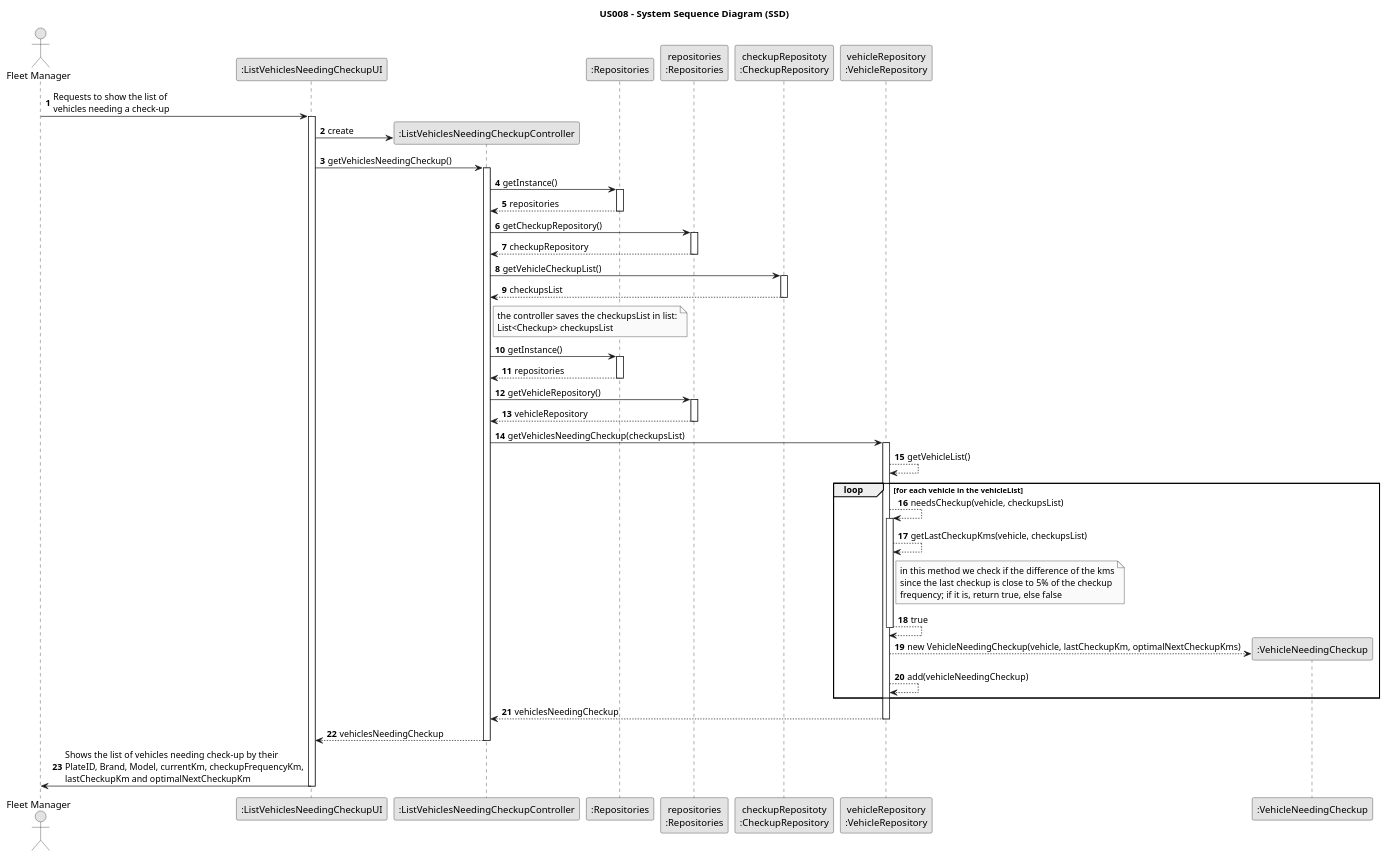
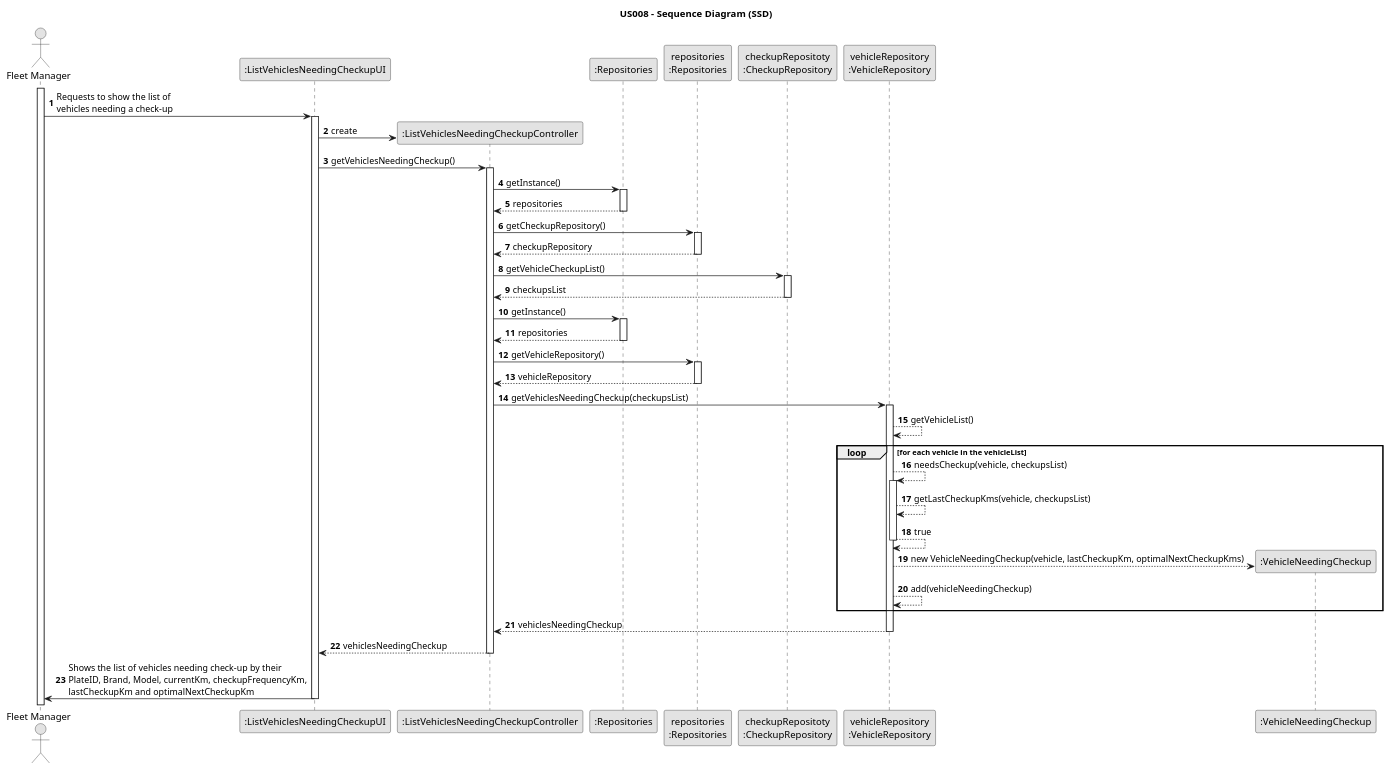
Before and after one commit to Rui-San/LAPR2_2023_2024: the diagram in docs/sprintB/us008/03.design/puml/us008-sequence-diagram.puml, drawn with PlantUML. The commit also changed 1 other file, not shown here.

```diff
--- a/docs/sprintB/us008/03.design/puml/us008-sequence-diagram.puml
+++ b/docs/sprintB/us008/03.design/puml/us008-sequence-diagram.puml
@@ -1,91 +1,82 @@
 @startuml
 skinparam monochrome true
 skinparam packageStyle rectangle
 skinparam shadowing false
 
-title US008 - System Sequence Diagram (SSD)
+title US008 - Sequence Diagram (SSD)
 
 autonumber
 
 actor "Fleet Manager" as Employee
 participant ":ListVehiclesNeedingCheckupUI" as UI
 participant ":ListVehiclesNeedingCheckupController" as CTRL
 participant ":Repositories" as Repos
 participant "repositories\n:Repositories" as PLAT
 participant "checkupRepositoty\n:CheckupRepository" as CheckupRepo
 participant "vehicleRepository\n:VehicleRepository" as VRepo
 participant ":VehicleNeedingCheckup" as VehicleNeedCheckup
 
+activate Employee
     Employee -> UI : Requests to show the list of \nvehicles needing a check-up
     activate UI
 
         UI -> CTRL** : create
         UI -> CTRL : getVehiclesNeedingCheckup()
         activate CTRL
 
             CTRL -> Repos : getInstance()
             activate Repos
 
                 Repos --> CTRL : repositories
             deactivate Repos
 
             CTRL -> PLAT : getCheckupRepository()
             activate PLAT
 
                 PLAT --> CTRL : checkupRepository
             deactivate PLAT
 
             CTRL -> CheckupRepo : getVehicleCheckupList()
             activate CheckupRepo
 
                 CheckupRepo --> CTRL : checkupsList
             deactivate CheckupRepo
 
-            note right of CTRL
-                the controller saves the checkupsList in list:
-                List<Checkup> checkupsList
-            end note
-
             CTRL -> Repos : getInstance()
             activate Repos
 
                 Repos --> CTRL : repositories
             deactivate Repos
 
             CTRL -> PLAT : getVehicleRepository()
             activate PLAT
 
                 PLAT --> CTRL : vehicleRepository
             deactivate PLAT
 
             CTRL-> VRepo : getVehiclesNeedingCheckup(checkupsList)
             activate VRepo
 
                 VRepo --> VRepo : getVehicleList()
 
                 loop for each vehicle in the vehicleList
                     VRepo --> VRepo : needsCheckup(vehicle, checkupsList)
                     activate VRepo
 
                         VRepo --> VRepo : getLastCheckupKms(vehicle, checkupsList)
-                        note right of VRepo
-                            in this method we check if the difference of the kms
-                            since the last checkup is close to 5% of the checkup
-                            frequency; if it is, return true, else false
-                        end note
                         VRepo --> VRepo : true
                     deactivate VRepo
 
                         VRepo --> VehicleNeedCheckup** : new VehicleNeedingCheckup(vehicle, lastCheckupKm, optimalNextCheckupKms)
                     VRepo --> VRepo : add(vehicleNeedingCheckup)
                 end loop
                 VRepo --> CTRL : vehiclesNeedingCheckup
             deactivate VRepo
             CTRL --> UI : vehiclesNeedingCheckup
         deactivate CTRL
 
         UI -> Employee : Shows the list of vehicles needing check-up by their\nPlateID, Brand, Model, currentKm, checkupFrequencyKm,\nlastCheckupKm and optimalNextCheckupKm
 
     deactivate UI
 
 @enduml
```
